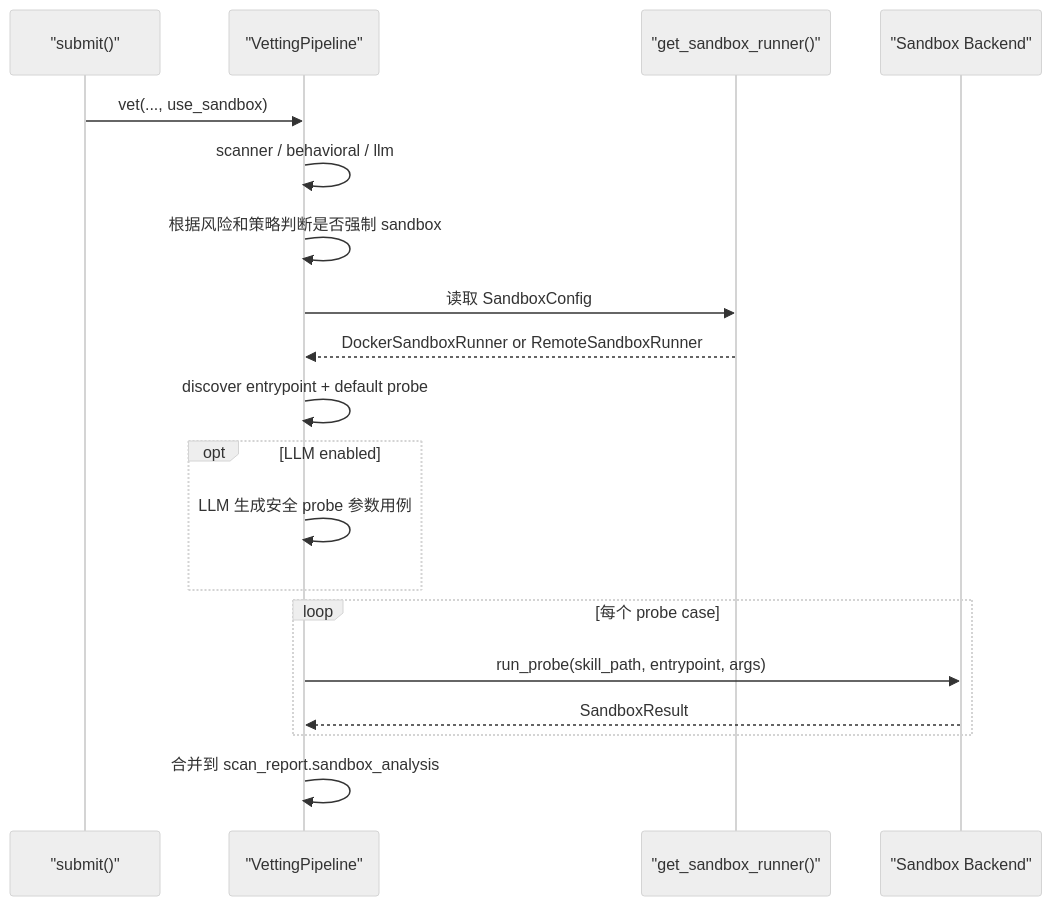
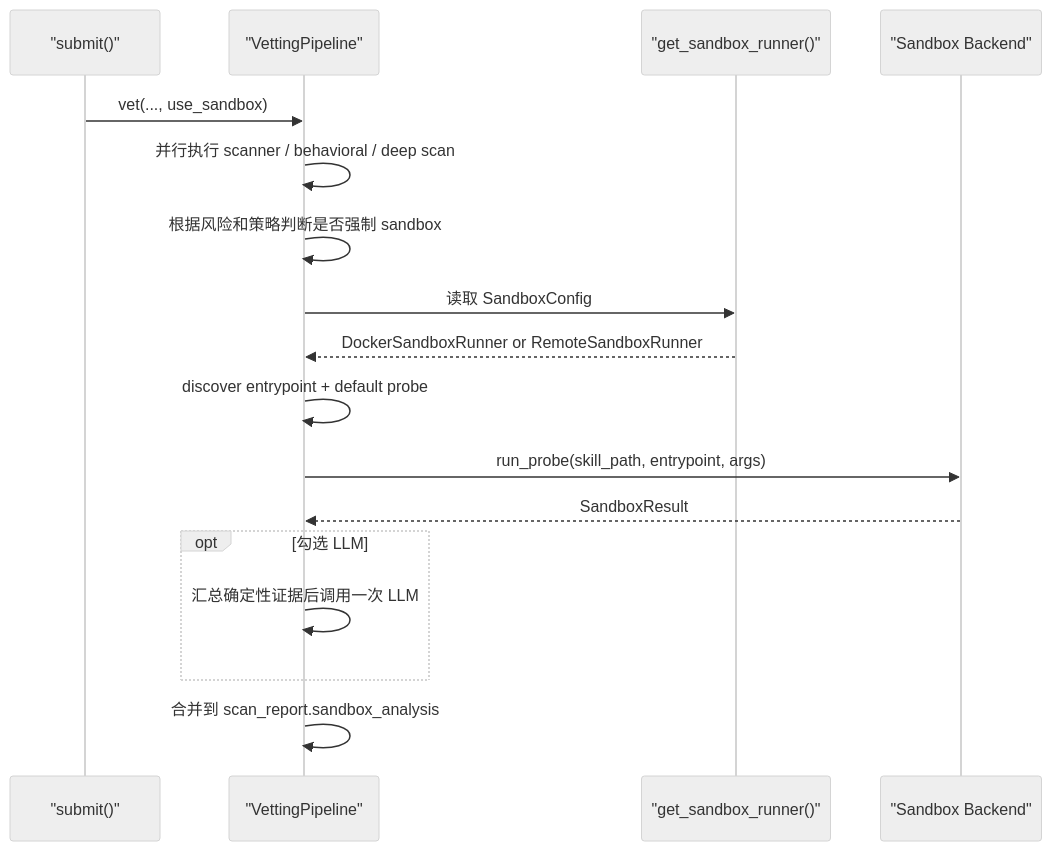
Before and after one commit to HuangLuGuang/skill-manager: the second of 2 diagrams in docs/sandbox-service-architecture.md, drawn with Mermaid (neutral theme). The commit also changed other lines of this file and 24 other files, not shown here.

````diff
--- a/docs/sandbox-service-architecture.md
+++ b/docs/sandbox-service-architecture.md
@@ -70,22 +70,20 @@
 ```mermaid
 sequenceDiagram
     participant Submit as "submit()"
     participant Vetting as "VettingPipeline"
     participant Factory as "get_sandbox_runner()"
     participant Runner as "Sandbox Backend"
 
     Submit->>Vetting: vet(..., use_sandbox)
-    Vetting->>Vetting: scanner / behavioral / llm
+    Vetting->>Vetting: 并行执行 scanner / behavioral / deep scan
     Vetting->>Vetting: 根据风险和策略判断是否强制 sandbox
     Vetting->>Factory: 读取 SandboxConfig
     Factory-->>Vetting: DockerSandboxRunner or RemoteSandboxRunner
     Vetting->>Vetting: discover entrypoint + default probe
-    opt LLM enabled
-      Vetting->>Vetting: LLM 生成安全 probe 参数用例
-    end
-    loop 每个 probe case
-      Vetting->>Runner: run_probe(skill_path, entrypoint, args)
-      Runner-->>Vetting: SandboxResult
+    Vetting->>Runner: run_probe(skill_path, entrypoint, args)
+    Runner-->>Vetting: SandboxResult
+    opt 勾选 LLM
+      Vetting->>Vetting: 汇总确定性证据后调用一次 LLM
     end
     Vetting->>Vetting: 合并到 scan_report.sandbox_analysis
 ```
````
